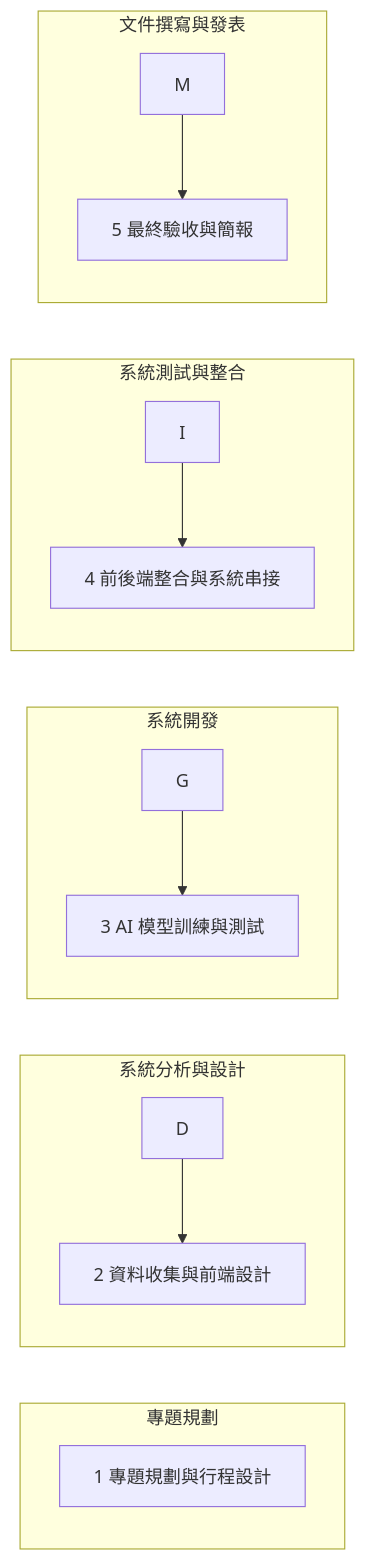
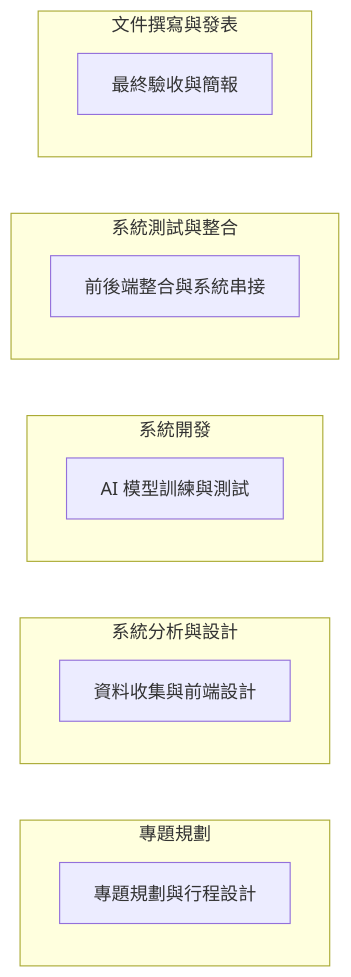
The second of 2 diagrams in README.md (groups7-ctrl/hw2), drawn with Mermaid before and after one commit.

````diff
--- a/README.md
+++ b/README.md
@@ -54,19 +54,19 @@
 ```mermaid
 graph LR
 
 subgraph "專題規劃"
-    B[1 專題規劃與行程設計]
+    B[專題規劃與行程設計]
 end
 subgraph "系統分析與設計"
-    D --> E[2 資料收集與前端設計];
+    D[資料收集與前端設計];
 end
 subgraph "系統開發"
-    G --> H[3 AI 模型訓練與測試];
+    G[AI 模型訓練與測試];
 end
 subgraph "系統測試與整合"
-    I --> K[4 前後端整合與系統串接];
+    I[前後端整合與系統串接];
 end
 subgraph "文件撰寫與發表"
-    M --> N[5 最終驗收與簡報];
+    M[最終驗收與簡報];
 end
 ```
````
